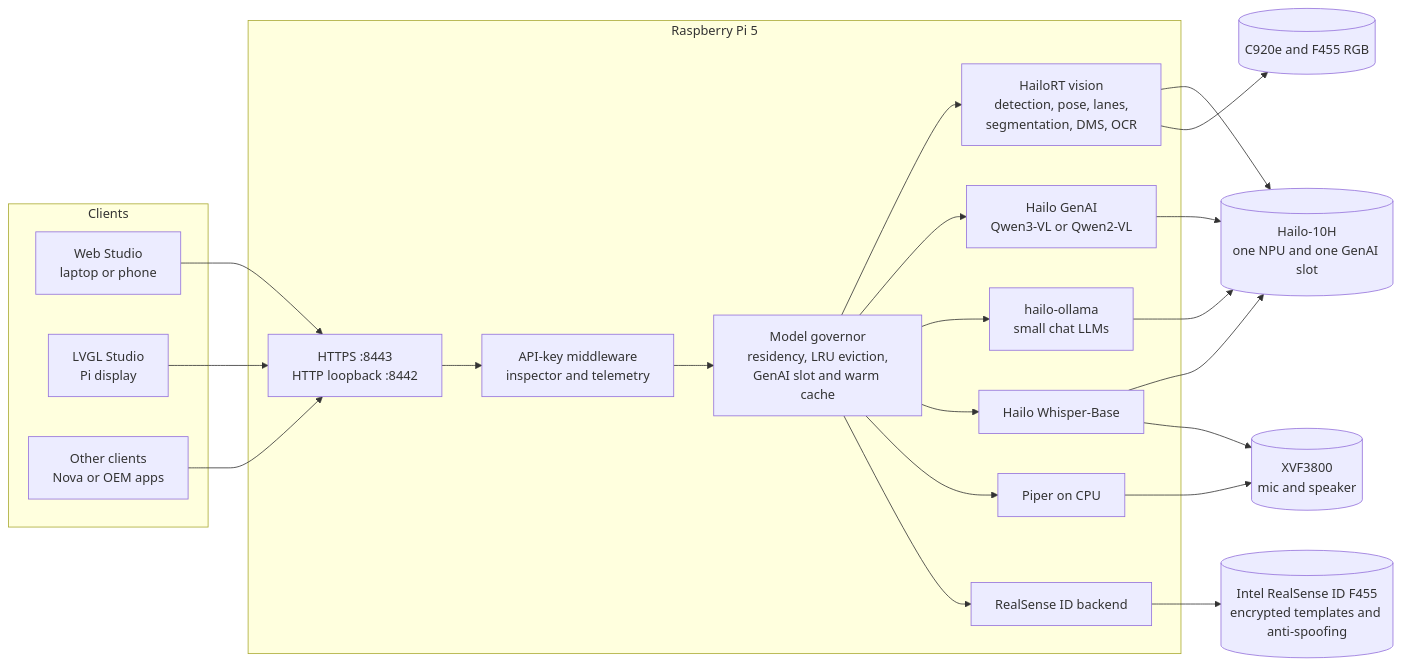
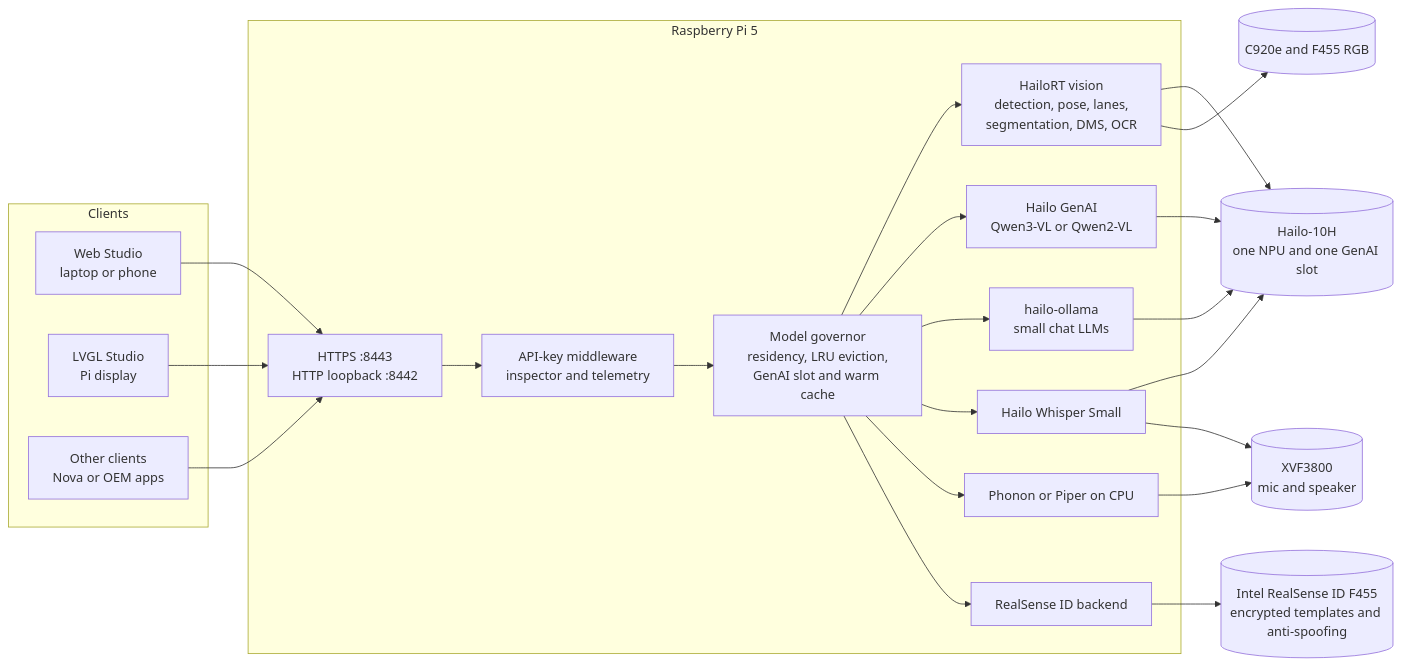
The first of 2 diagrams in edge/hailo-ai-box/README.md (Senthi1Kumar/nova-s2s), drawn with Mermaid before and after one commit. The commit also changed other lines of this file and 52 other files, not shown here.

````diff
--- a/edge/hailo-ai-box/README.md
+++ b/edge/hailo-ai-box/README.md
@@ -9,37 +11,37 @@
 ```mermaid
 flowchart LR
   subgraph Clients
     WEB[Web Studio<br/>laptop or phone]
     LVGL[LVGL Studio<br/>Pi display]
     API[Other clients<br/>Nova or OEM apps]
   end
   subgraph Box[Raspberry Pi 5]
     HTTP[HTTPS :8443<br/>HTTP loopback :8442]
     AUTH[API-key middleware<br/>inspector and telemetry]
     GOV[Model governor<br/>residency, LRU eviction,<br/>GenAI slot and warm cache]
     CV[HailoRT vision<br/>detection, pose, lanes,<br/>segmentation, DMS, OCR]
     GEN[Hailo GenAI<br/>Qwen3-VL or Qwen2-VL]
     OLL[hailo-ollama<br/>small chat LLMs]
-    ASR[Hailo Whisper-Base]
-    TTS[Piper on CPU]
+    ASR[Hailo Whisper Small]
+    TTS[Phonon or Piper on CPU]
     RSID[RealSense ID backend]
   end
   NPU[(Hailo-10H<br/>one NPU and one GenAI slot)]
   F455[(Intel RealSense ID F455<br/>encrypted templates and anti-spoofing)]
   CAM[(C920e and F455 RGB)]
   MIC[(XVF3800<br/>mic and speaker)]
 
   WEB --> HTTP
   LVGL --> HTTP
   API --> HTTP
   HTTP --> AUTH --> GOV
   GOV --> CV --> NPU
   GOV --> GEN --> NPU
   GOV --> OLL --> NPU
   GOV --> ASR --> NPU
   GOV --> TTS
   GOV --> RSID --> F455
   CV --> CAM
   ASR --> MIC
   TTS --> MIC
 ```
````
